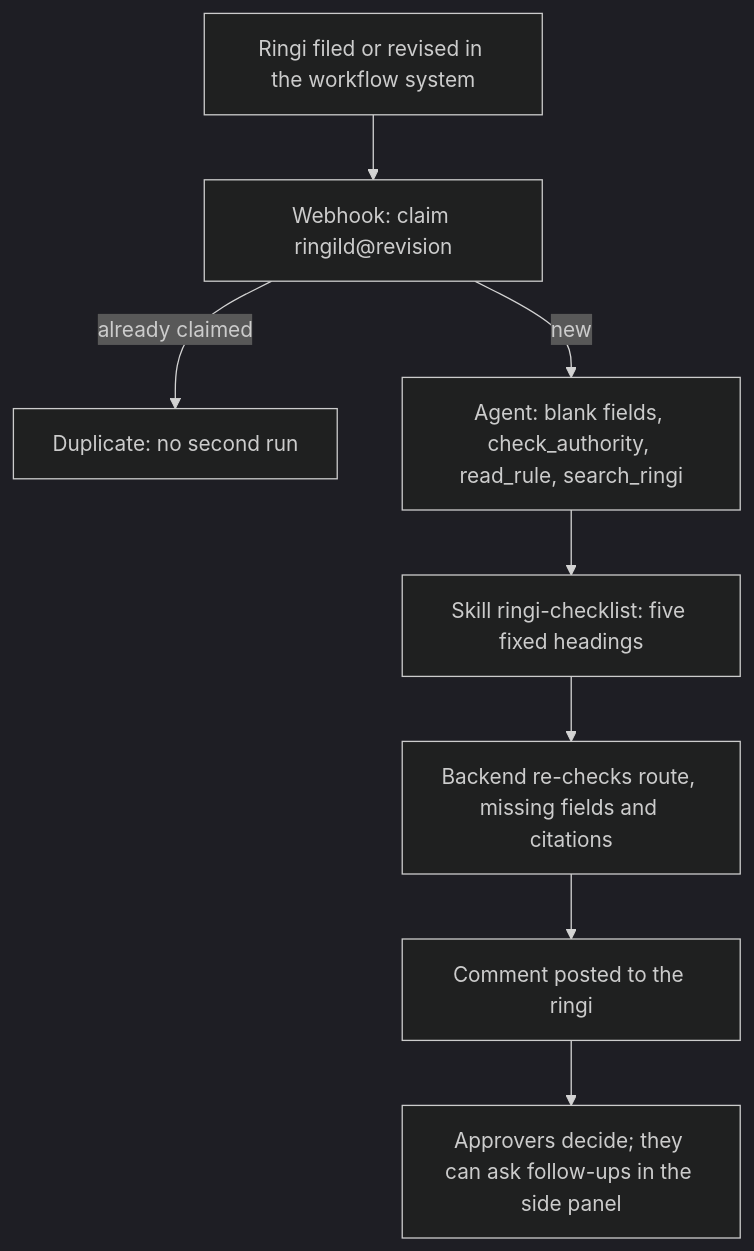
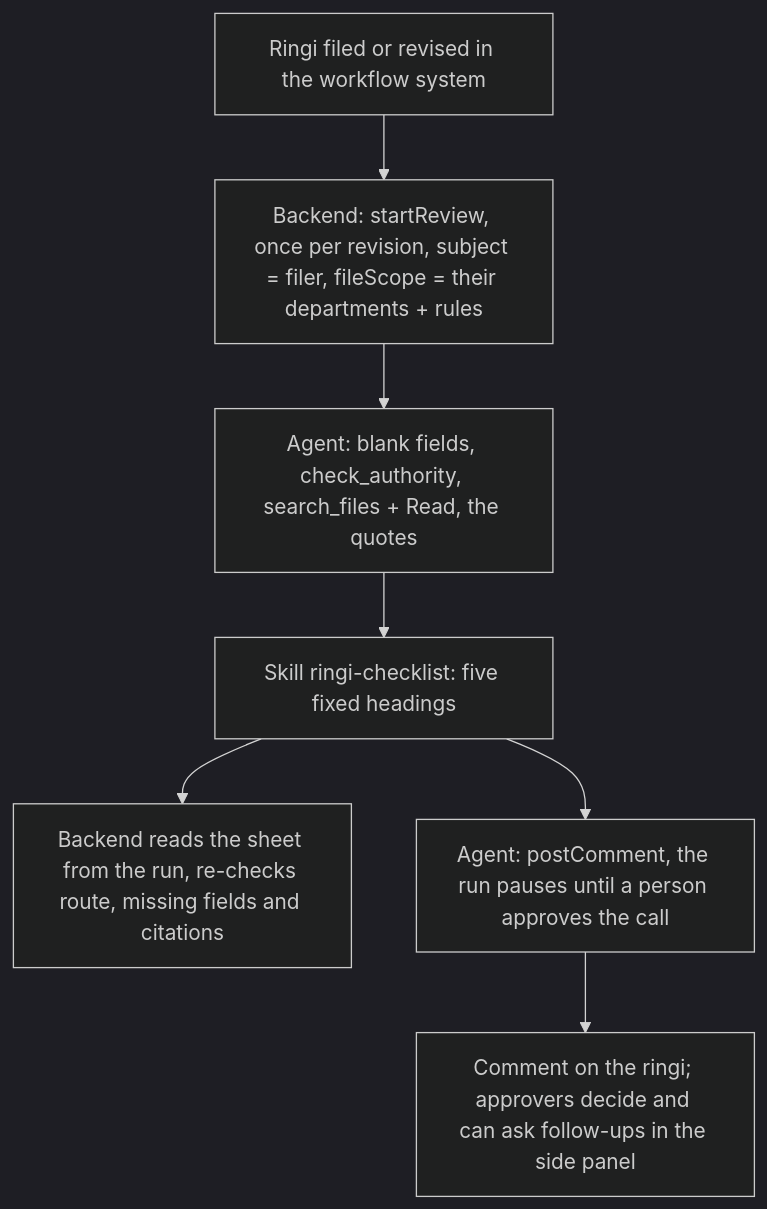
The first of 2 diagrams in docs/sdk/site/tutorials/ringi-review.mdx (indxjp/agent-workspace), drawn with Mermaid (dark theme) before and after one commit. The commit also changed other lines of this file and 2629 other files, not shown here.

````diff
--- a/docs/sdk/site/tutorials/ringi-review.mdx
+++ b/docs/sdk/site/tutorials/ringi-review.mdx
@@ -30,10 +65,9 @@
 ```mermaid
 flowchart TD
-  W["Ringi filed or revised in the workflow system"] --> H["Webhook: claim ringiId@revision"]
-  H -- "already claimed" --> DUP["Duplicate: no second run"]
-  H -- "new" --> A["Agent: blank fields, check_authority, read_rule, search_ringi"]
+  W["Ringi filed or revised in the workflow system"] --> H["Backend: startReview, once per revision, subject = filer, fileScope = their departments + rules"]
+  H --> A["Agent: blank fields, check_authority, search_files + Read, the quotes"]
   A --> S["Skill ringi-checklist: five fixed headings"]
-  S --> B["Backend re-checks route, missing fields and citations"]
-  B --> C["Comment posted to the ringi"]
-  C --> P["Approvers decide; they can ask follow-ups in the side panel"]
+  S --> B["Backend reads the sheet from the run, re-checks route, missing fields and citations"]
+  S --> C["Agent: postComment, the run pauses until a person approves the call"]
+  C --> P["Comment on the ringi; approvers decide and can ask follow-ups in the side panel"]
 ```
````
